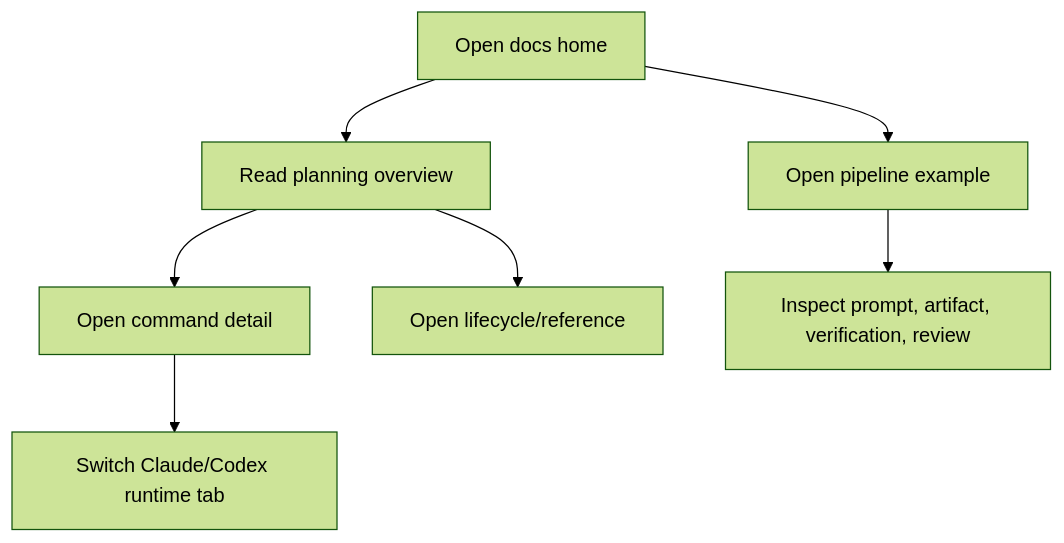
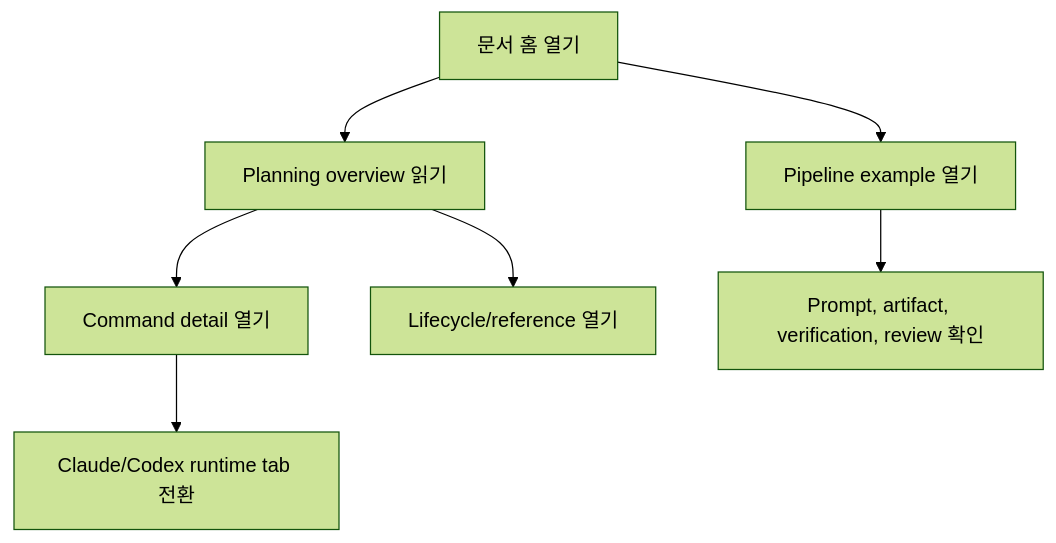
Before and after one commit to CtrlCVbot/claude-kit: the diagram in .plans/features/active/user-guide-website/02-package/03-flow.md, drawn with Mermaid (forest theme). The commit also changed 53 other files, not shown here.

````diff
--- a/.plans/features/active/user-guide-website/02-package/03-flow.md
+++ b/.plans/features/active/user-guide-website/02-package/03-flow.md
@@ -3,9 +3,9 @@
 ```mermaid
 flowchart TD
-  A["Open docs home"] --> B["Read planning overview"]
-  B --> C["Open command detail"]
-  C --> D["Switch Claude/Codex runtime tab"]
-  B --> E["Open lifecycle/reference"]
-  A --> F["Open pipeline example"]
-  F --> G["Inspect prompt, artifact, verification, review"]
+  A["문서 홈 열기"] --> B["Planning overview 읽기"]
+  B --> C["Command detail 열기"]
+  C --> D["Claude/Codex runtime tab 전환"]
+  B --> E["Lifecycle/reference 열기"]
+  A --> F["Pipeline example 열기"]
+  F --> G["Prompt, artifact, verification, review 확인"]
 ```
````
